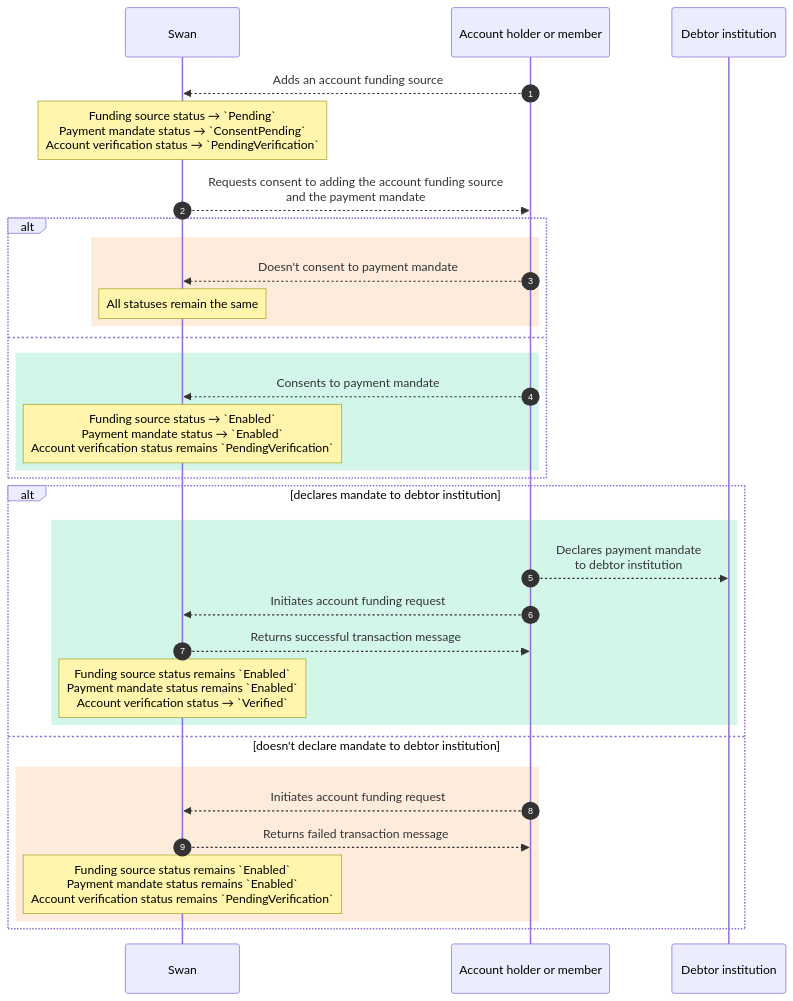
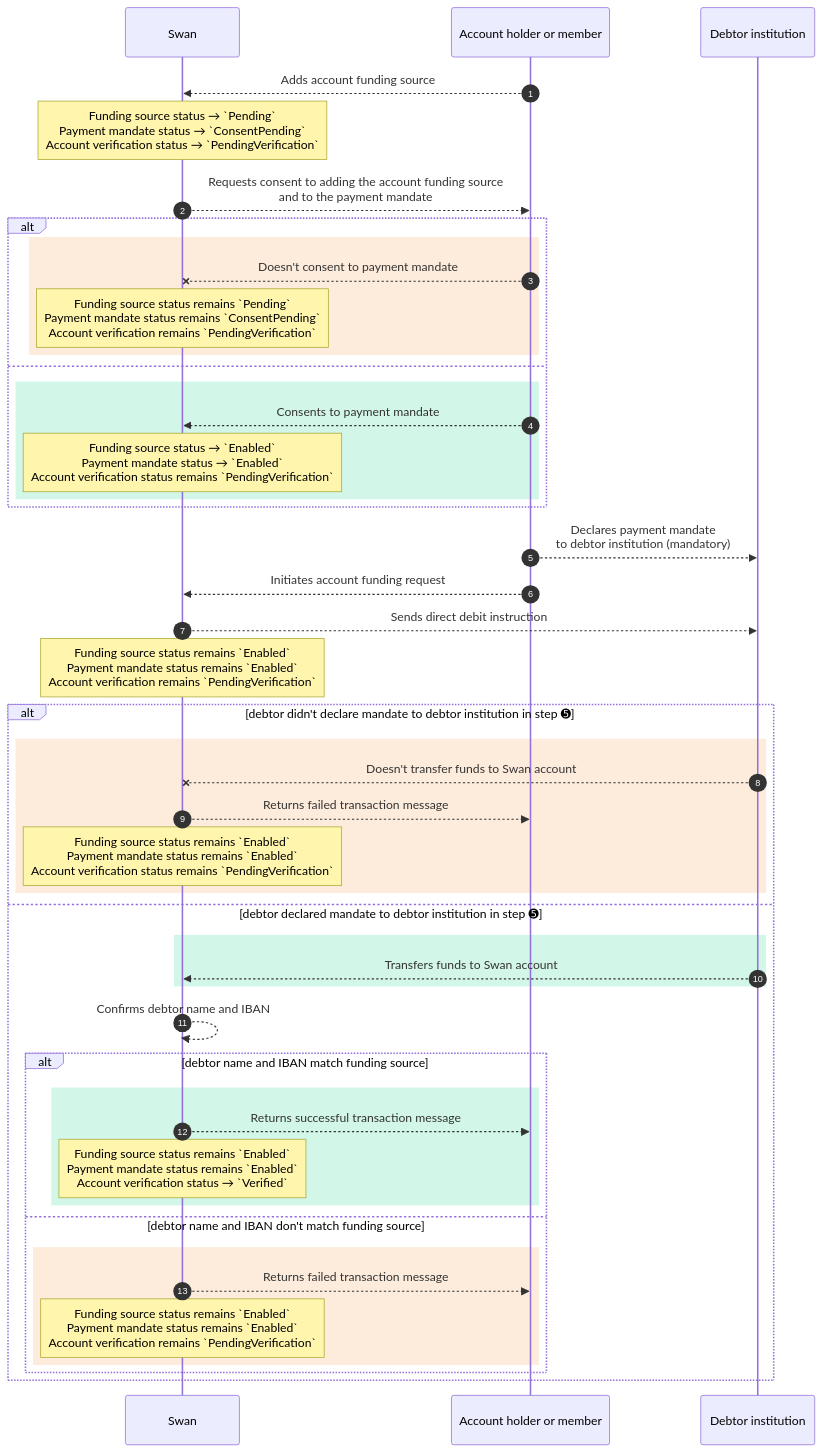
Before and after one commit to swan-io/docs: the fourth of 4 diagrams in docs/topics/accounts/funding/index.mdx, drawn with Mermaid. The commit also changed other lines of this file, not shown here.

Commit message:
fixup! DOC-863 Improve account funding docs

````diff
--- a/docs/topics/accounts/funding/index.mdx
+++ b/docs/topics/accounts/funding/index.mdx
@@ -170,35 +168,48 @@
 ```mermaid
 sequenceDiagram
     autonumber
     participant S as Swan
     participant A as Account holder or member
     participant D as Debtor institution
-    A-->>S: Adds an account funding source
+    A-->>S: Adds account funding source
     Note over S: Funding source status → `Pending`<br />Payment mandate status → `ConsentPending`<br />Account verification status → `PendingVerification`
-    S-->>A: Requests consent to adding the account funding source<br />and the payment mandate
+    S-->>A: Requests consent to adding the account funding source<br />and to the payment mandate
     alt
     rect rgb(253, 235, 219)
-    A-->>S: Doesn't consent to payment mandate
-    Note over S: All statuses remain the same
+    A--xS: Doesn't consent to payment mandate
+    Note over S: Funding source status remains `Pending`<br />Payment mandate status remains `ConsentPending`<br />Account verification remains `PendingVerification`
     end
     else
     rect rgb(210 246 231)
     A-->>S: Consents to payment mandate
     Note over S: Funding source status → `Enabled`<br />Payment mandate status → `Enabled`<br />Account verification status remains `PendingVerification`
     end
     end
-    alt declares mandate to debtor institution
-    rect rgb(210 246 231)
-        A-->>D: Declares payment mandate<br />to debtor institution
-        A-->>S: Initiates account funding request
-        S-->>A: Returns successful transaction message
-        Note over S: Funding source status remains `Enabled`<br />Payment mandate status remains `Enabled`<br />Account verification status → `Verified`
-    end
-    else doesn't declare mandate to debtor institution
+    A-->>D: Declares payment mandate<br />to debtor institution (mandatory)
+    A-->>S: Initiates account funding request
+    S-->>D: Sends direct debit instruction
+    Note over S: Funding source status remains `Enabled`<br />Payment mandate status remains `Enabled`<br />Account verification remains `PendingVerification`
+    alt debtor didn't declare mandate to debtor institution in step ➎
     rect rgb(253, 235, 219)
-        A-->>S: Initiates account funding request
+        D--xS: Doesn't transfer funds to Swan account
         S-->>A: Returns failed transaction message
         Note over S: Funding source status remains `Enabled`<br />Payment mandate status remains `Enabled`<br />Account verification status remains `PendingVerification`
     end
+    else debtor declared mandate to debtor institution in step ➎
+        rect rgb(210 246 231)
+        D-->>S: Transfers funds to Swan account
+        end
+        S-->>S: Confirms debtor name and IBAN
+        alt debtor name and IBAN match funding source
+            rect rgb(210 246 231)
+            S-->>A: Returns successful transaction message
+            Note over S: Funding source status remains `Enabled`<br />Payment mandate status remains `Enabled`<br />Account verification status → `Verified`
+        end
+        else debtor name and IBAN don't match funding source
+        rect rgb(253, 235, 219)
+        S-->>A: Returns failed transaction message
+        Note over S: Funding source status remains `Enabled`<br />Payment mandate status remains `Enabled`<br />Account verification remains `PendingVerification`
+        end
+        end
     end
 ```
````
